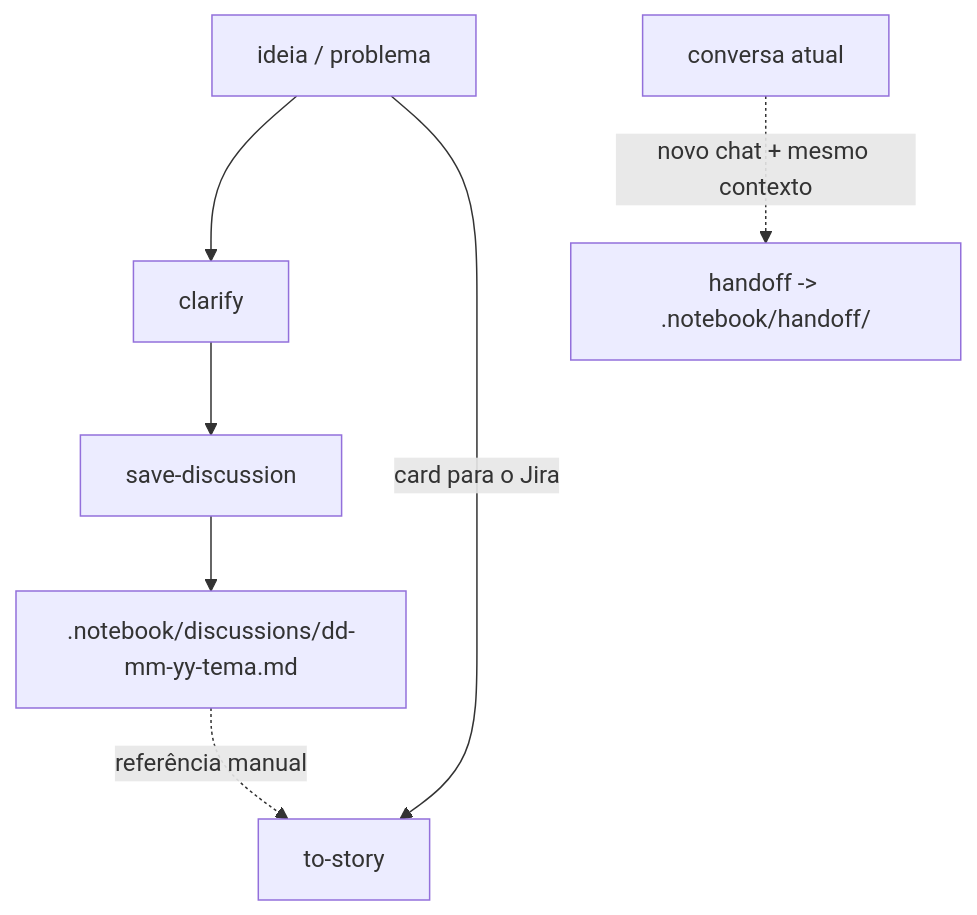
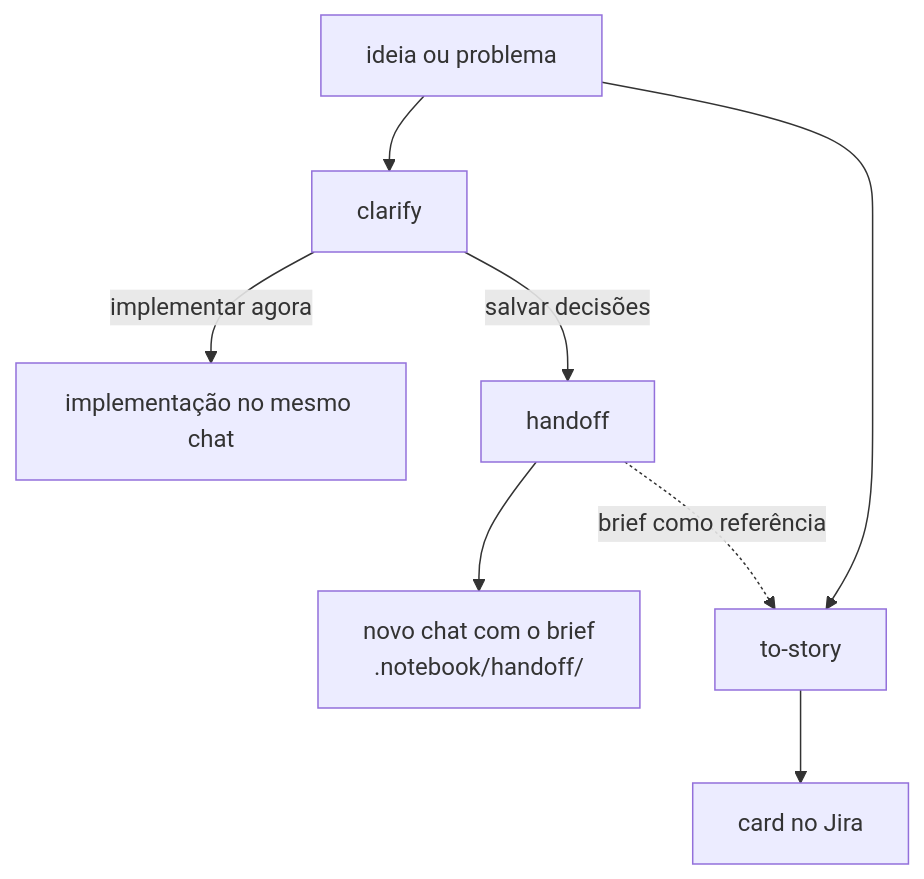
One commit to leaofelipe/ia-stuff changed the diagram in README.md. Above: the diagram before and after it, drawn with Mermaid. The commit also changed other lines of this file and 6 other files, not shown here.

Commit message:
Fold save-discussion into handoff, simplify the README flow, and mark every skill MIT and explicit-only.

````diff
--- a/README.md
+++ b/README.md
@@ -26,9 +27,10 @@
 ```mermaid
 flowchart TD
-    ideia[ideia / problema] --> clarify[clarify]
-    clarify --> docs[save-discussion]
-    docs --> disc[".notebook/discussions/dd-mm-yy-tema.md"]
-    conversa[conversa atual] -.->|novo chat + mesmo contexto| ho["handoff -> .notebook/handoff/"]
-    ideia -->|card para o Jira| story[to-story]
-    disc -.->|referência manual| story
+    ideia[ideia ou problema] --> clarify
+    ideia --> story[to-story]
+    clarify -->|implementar agora| impl[implementação no mesmo chat]
+    clarify -->|salvar decisões| handoff
+    handoff --> novo["novo chat com o brief<br/>.notebook/handoff/"]
+    handoff -.->|brief como referência| story
+    story --> jira[card no Jira]
 ```
````
